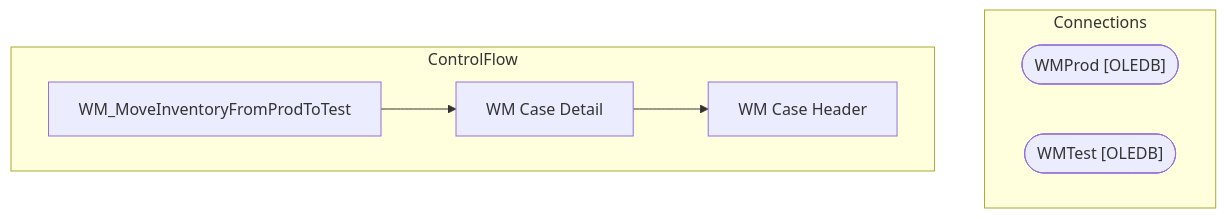
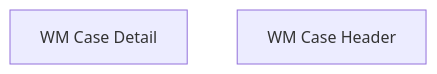
Before and after one commit to juanandresbrain/BABSkills: the diagram in bab-docs-explorer/Documentation/STL-SSIS-P-01/SSIS/SSIS/WM_MoveInventoryFromProdToTest.WM_MoveInventoryFromProdToTest.md, drawn with Mermaid. The commit also changed other lines of this file and 273 other files, not shown here.

````diff
--- a/bab-docs-explorer/Documentation/STL-SSIS-P-01/SSIS/SSIS/WM_MoveInventoryFromProdToTest.WM_MoveInventoryFromProdToTest.md
+++ b/bab-docs-explorer/Documentation/STL-SSIS-P-01/SSIS/SSIS/WM_MoveInventoryFromProdToTest.WM_MoveInventoryFromProdToTest.md
@@ -9,14 +31,5 @@
 ```mermaid
 flowchart TD
-    subgraph Connections
-        WMProd_conn(["WMProd [OLEDB]"])
-        WMTest_conn(["WMTest [OLEDB]"])
-    end
-    subgraph ControlFlow
-        WM_MoveInventoryFromProdToTest_task["WM_MoveInventoryFromProdToTest"]
-        WM_Case_Detail_task["WM Case Detail"]
-        WM_MoveInventoryFromProdToTest_task --> WM_Case_Detail_task
-        WM_Case_Header_task["WM Case Header"]
-        WM_Case_Detail_task --> WM_Case_Header_task
-    end
+    n_Package_WM_Case_Detail["WM Case Detail"]
+    n_Package_WM_Case_Header["WM Case Header"]
 ```
````
